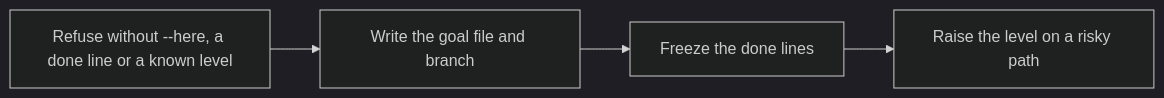
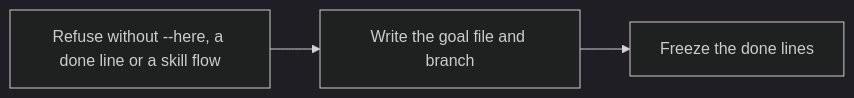
Before and after one commit to jcl2018/agent-workflow-template: the second of 12 diagrams in docs/wiki/Delivery.md, drawn with Mermaid (dark theme). The commit also changed other lines of this file and 32 other files, not shown here.

First line of the commit message:
Delivery runs your own skill flow, unattended

````diff
--- a/docs/wiki/Delivery.md
+++ b/docs/wiki/Delivery.md
@@ -149,10 +108,8 @@
 ```mermaid
 flowchart LR
-  a["Refuse without --here, a done line or a known level"]
+  a["Refuse without --here, a done line or a skill flow"]
   b["Write the goal file and branch"]
   c["Freeze the done lines"]
-  d["Raise the level on a risky path"]
   a --> b
   b --> c
-  c --> d
 ```
````
